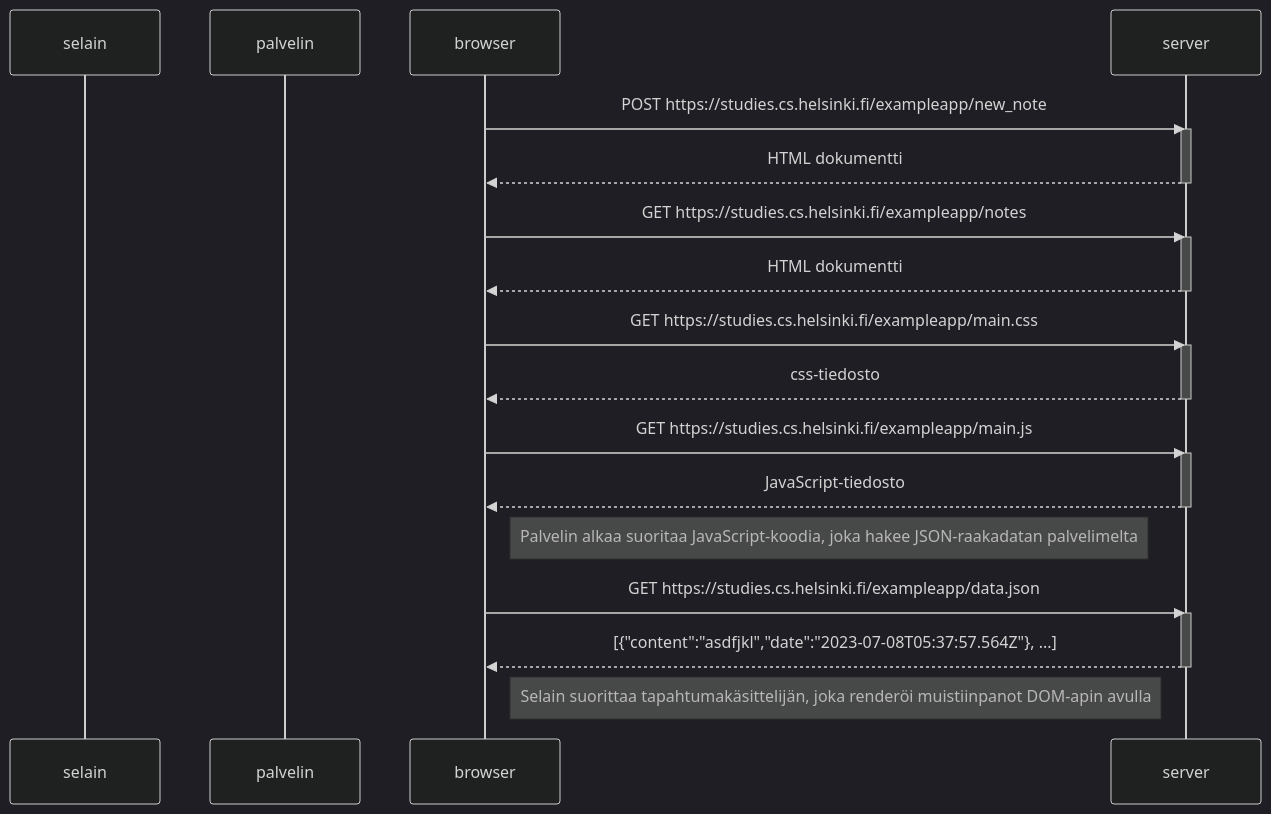
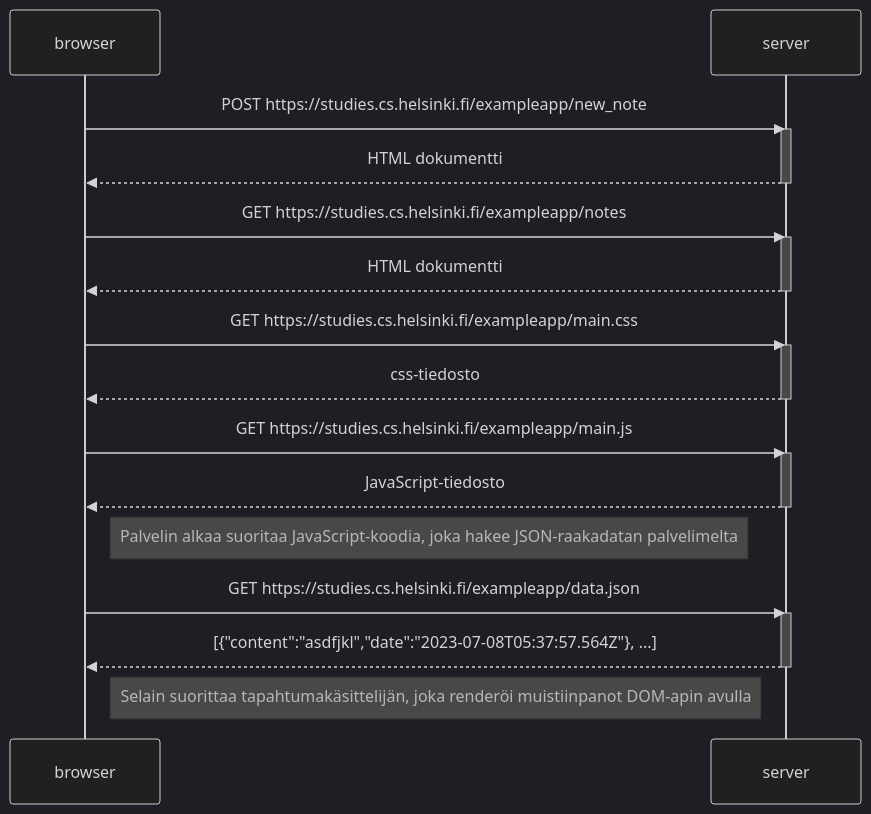
The diagram in osa0/0.4_sekvenssikaavio.md (z0nsk1/FullStackOpen23), drawn with Mermaid (dark theme) before and after one commit.

````diff
--- a/osa0/0.4_sekvenssikaavio.md
+++ b/osa0/0.4_sekvenssikaavio.md
@@ -1,35 +1,35 @@
 ```mermaid
 sequenceDiagram
-  participant selain
-  participant palvelin
+  participant browser
+  participant server
 
   browser->>server: POST https://studies.cs.helsinki.fi/exampleapp/new_note
   activate server
   server-->>browser: HTML dokumentti
   deactivate server
 
   browser->>server: GET https://studies.cs.helsinki.fi/exampleapp/notes
   activate server
   server-->>browser: HTML dokumentti
   deactivate server
     
   browser->>server: GET https://studies.cs.helsinki.fi/exampleapp/main.css
   activate server
   server-->>browser: css-tiedosto
   deactivate server
     
   browser->>server: GET https://studies.cs.helsinki.fi/exampleapp/main.js
   activate server
   server-->>browser: JavaScript-tiedosto
   deactivate server
 
   Note right of browser: Palvelin alkaa suoritaa JavaScript-koodia, joka hakee JSON-raakadatan palvelimelta
     
   browser->>server: GET https://studies.cs.helsinki.fi/exampleapp/data.json
   activate server
   server-->>browser: [{"content":"asdfjkl","date":"2023-07-08T05:37:57.564Z"}, ...]
   deactivate server    
 
   Note right of browser: Selain suorittaa tapahtumakäsittelijän, joka renderöi muistiinpanot DOM-apin avulla
 
 ```
````
